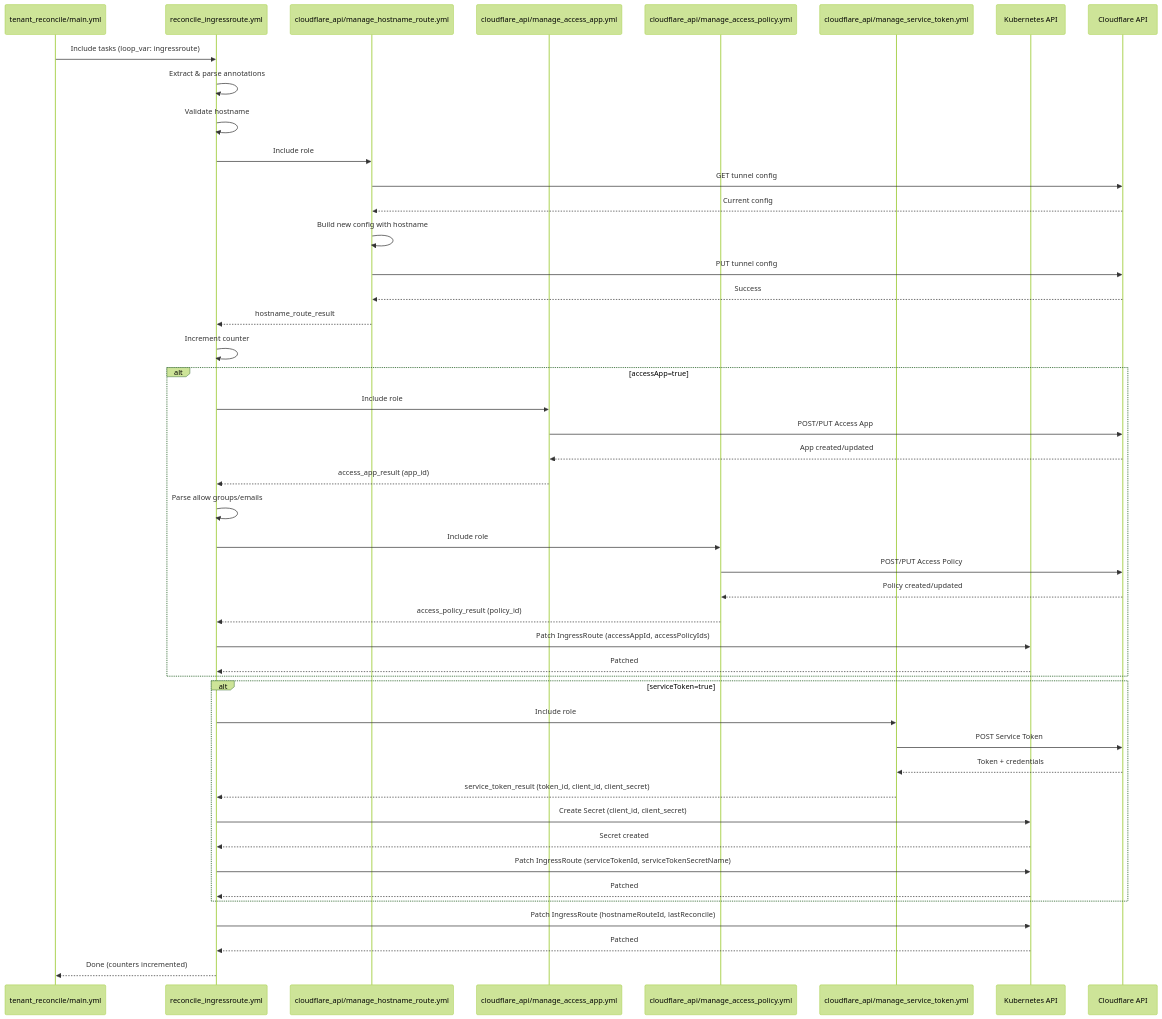
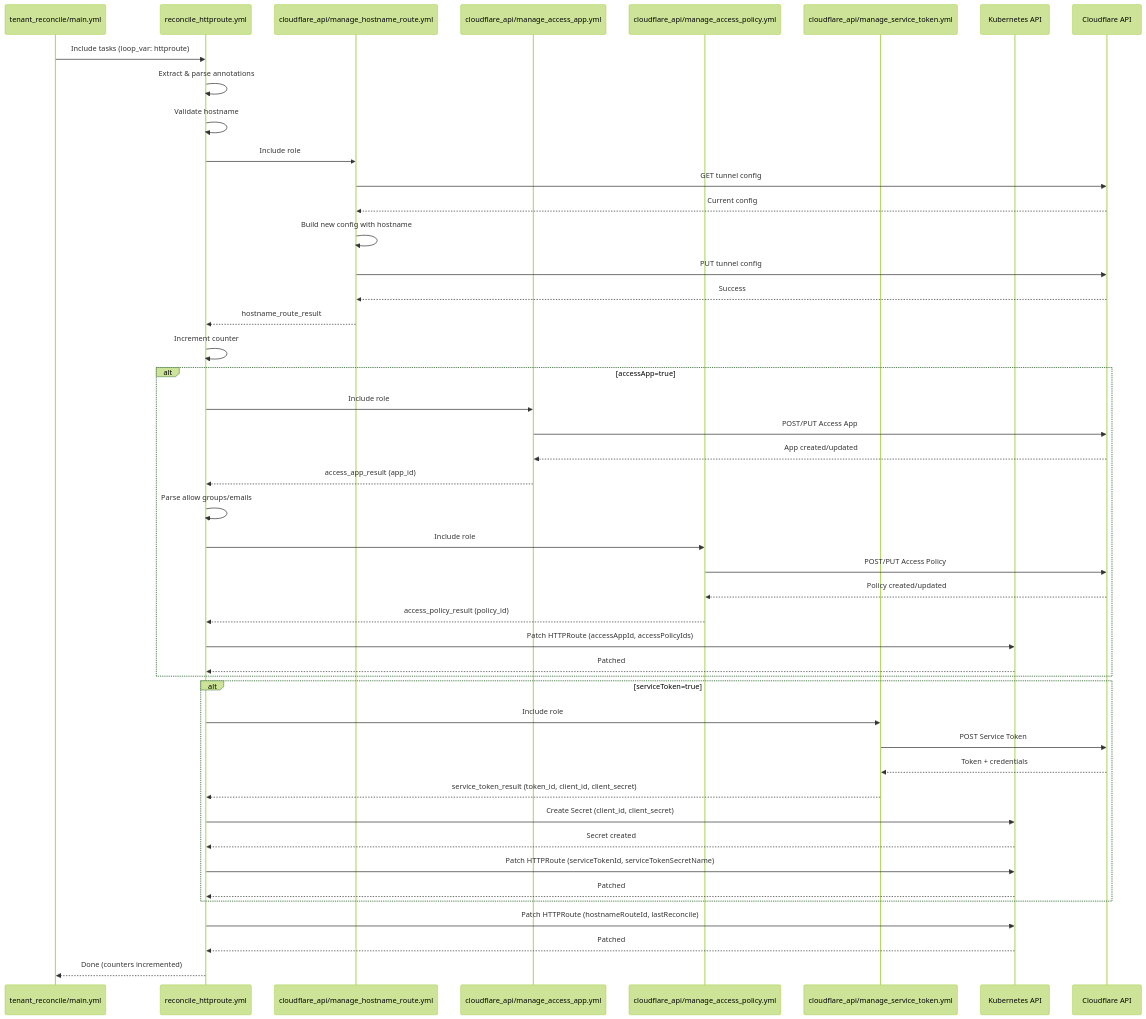
One commit to wheetazlab/cloudflare-zero-trust-operator changed diagram 18 of 20 in docs/flow.md. Above: the diagram before and after it, drawn with Mermaid (forest theme). The commit also changed other lines of this file and 24 other files, not shown here.

````diff
--- a/docs/flow.md
+++ b/docs/flow.md
@@ -1117,61 +1117,61 @@
 ```mermaid
 sequenceDiagram
     participant Main as tenant_reconcile/main.yml
-    participant IR as reconcile_ingressroute.yml
+    participant IR as reconcile_httproute.yml
     participant CF_HR as cloudflare_api/manage_hostname_route.yml
     participant CF_APP as cloudflare_api/manage_access_app.yml
     participant CF_POL as cloudflare_api/manage_access_policy.yml
     participant CF_TOK as cloudflare_api/manage_service_token.yml
     participant K8s as Kubernetes API
     participant Cloudflare as Cloudflare API
     
-    Main->>IR: Include tasks (loop_var: ingressroute)
+    Main->>IR: Include tasks (loop_var: httproute)
     
     IR->>IR: Extract & parse annotations
     IR->>IR: Validate hostname
     
     IR->>CF_HR: Include role
     CF_HR->>Cloudflare: GET tunnel config
     Cloudflare-->>CF_HR: Current config
     CF_HR->>CF_HR: Build new config with hostname
     CF_HR->>Cloudflare: PUT tunnel config
     Cloudflare-->>CF_HR: Success
     CF_HR-->>IR: hostname_route_result
     
     IR->>IR: Increment counter
     
     alt accessApp=true
         IR->>CF_APP: Include role
         CF_APP->>Cloudflare: POST/PUT Access App
         Cloudflare-->>CF_APP: App created/updated
         CF_APP-->>IR: access_app_result (app_id)
         
         IR->>IR: Parse allow groups/emails
         
         IR->>CF_POL: Include role
         CF_POL->>Cloudflare: POST/PUT Access Policy
         Cloudflare-->>CF_POL: Policy created/updated
         CF_POL-->>IR: access_policy_result (policy_id)
         
-        IR->>K8s: Patch IngressRoute (accessAppId, accessPolicyIds)
+        IR->>K8s: Patch HTTPRoute (accessAppId, accessPolicyIds)
         K8s-->>IR: Patched
     end
     
     alt serviceToken=true
         IR->>CF_TOK: Include role
         CF_TOK->>Cloudflare: POST Service Token
         Cloudflare-->>CF_TOK: Token + credentials
         CF_TOK-->>IR: service_token_result (token_id, client_id, client_secret)
         
         IR->>K8s: Create Secret (client_id, client_secret)
         K8s-->>IR: Secret created
         
-        IR->>K8s: Patch IngressRoute (serviceTokenId, serviceTokenSecretName)
+        IR->>K8s: Patch HTTPRoute (serviceTokenId, serviceTokenSecretName)
         K8s-->>IR: Patched
     end
     
-    IR->>K8s: Patch IngressRoute (hostnameRouteId, lastReconcile)
+    IR->>K8s: Patch HTTPRoute (hostnameRouteId, lastReconcile)
     K8s-->>IR: Patched
     
     IR-->>Main: Done (counters incremented)
 ```
````
